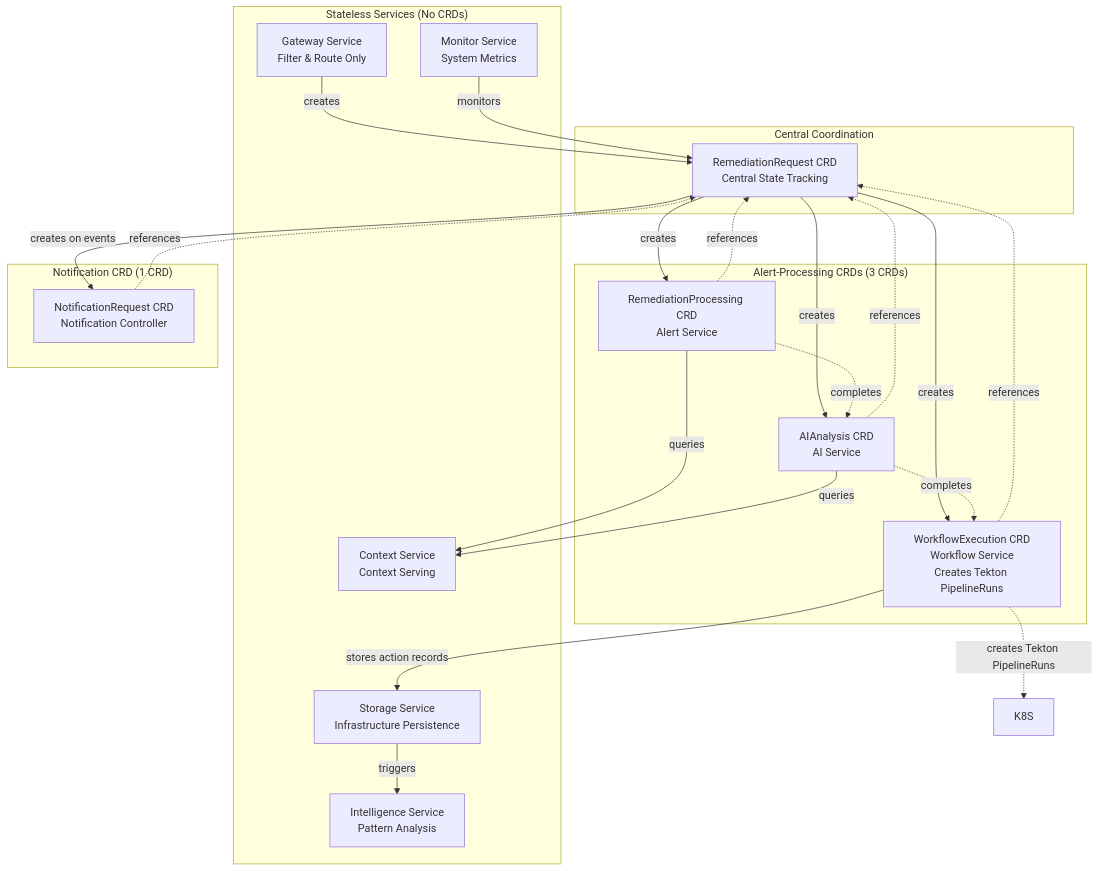
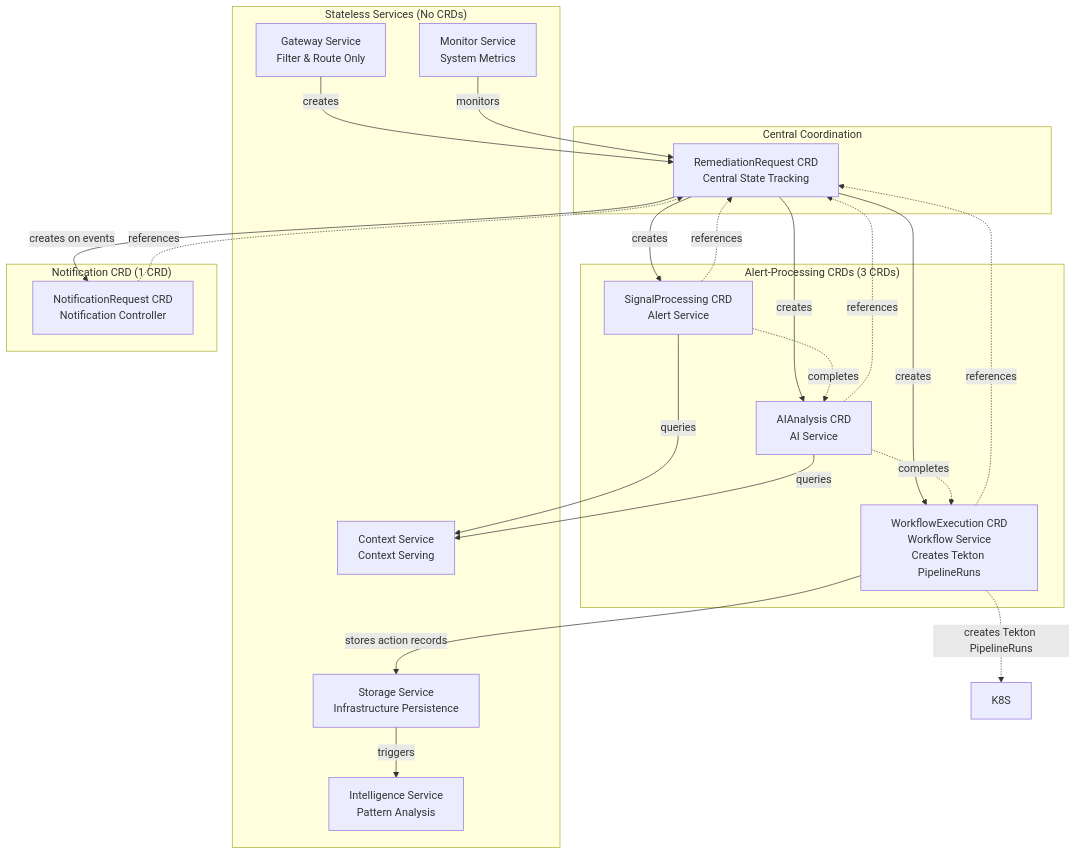
One commit to jordigilh/kubernaut changed the first of 3 diagrams in docs/architecture/MULTI_CRD_RECONCILIATION_ARCHITECTURE.md. Above: the diagram before and after it, drawn with Mermaid. The commit also changed other lines of this file and 142 other files, not shown here.

First line of the commit message:
docs: Complete RemediationProcessing to SignalProcessing rename (DD-SIGNAL-PROCESSING-001)

````diff
--- a/docs/architecture/MULTI_CRD_RECONCILIATION_ARCHITECTURE.md
+++ b/docs/architecture/MULTI_CRD_RECONCILIATION_ARCHITECTURE.md
@@ -78,51 +78,51 @@
 ```mermaid
 graph TB
     subgraph "Stateless Services (No CRDs)"
         GW[Gateway Service<br/>Filter & Route Only]
         STO[Storage Service<br/>Infrastructure Persistence]
         INT[Intelligence Service<br/>Pattern Analysis]
         MON[Monitor Service<br/>System Metrics]
         CTX[Context Service<br/>Context Serving]
     end
 
     subgraph "Central Coordination"
         RMS[RemediationRequest CRD<br/>Central State Tracking]
     end
 
     subgraph "Alert-Processing CRDs (3 CRDs)"
-        APC[RemediationProcessing CRD<br/>Alert Service]
+        APC[SignalProcessing CRD<br/>Alert Service]
         AIC[AIAnalysis CRD<br/>AI Service]
         WFC[WorkflowExecution CRD<br/>Workflow Service<br/>Creates Tekton PipelineRuns]
     end
 
     subgraph "Notification CRD (1 CRD)"
         NOTC[NotificationRequest CRD<br/>Notification Controller]
     end
 
     %% Gateway creates only RemediationRequest
     GW -->|creates| RMS
 
     %% RemediationRequest creates all phase CRDs
     RMS -->|creates| APC
     RMS -->|creates| AIC
     RMS -->|creates| WFC
     RMS -->|creates on events| NOTC
 
     %% Phase progression (watch-based)
     APC -.->|completes| AIC
     AIC -.->|completes| WFC
     WFC -.->|creates Tekton PipelineRuns| K8S
 
     %% CRD references to central
     APC -.->|references| RMS
     AIC -.->|references| RMS
     WFC -.->|references| RMS
     NOTC -.->|references| RMS
 
     %% Stateless service interactions
     APC -->|queries| CTX
     AIC -->|queries| CTX
     WFC -->|stores action records| STO
     STO -->|triggers| INT
     MON -->|monitors| RMS
 ```
````
